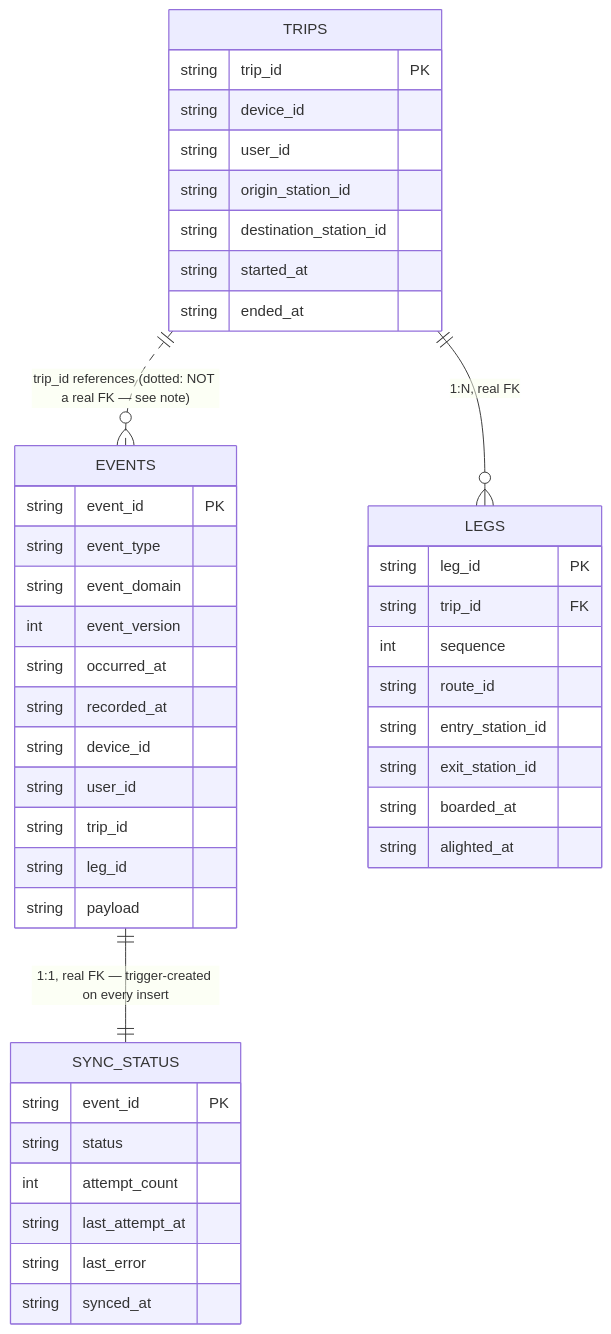
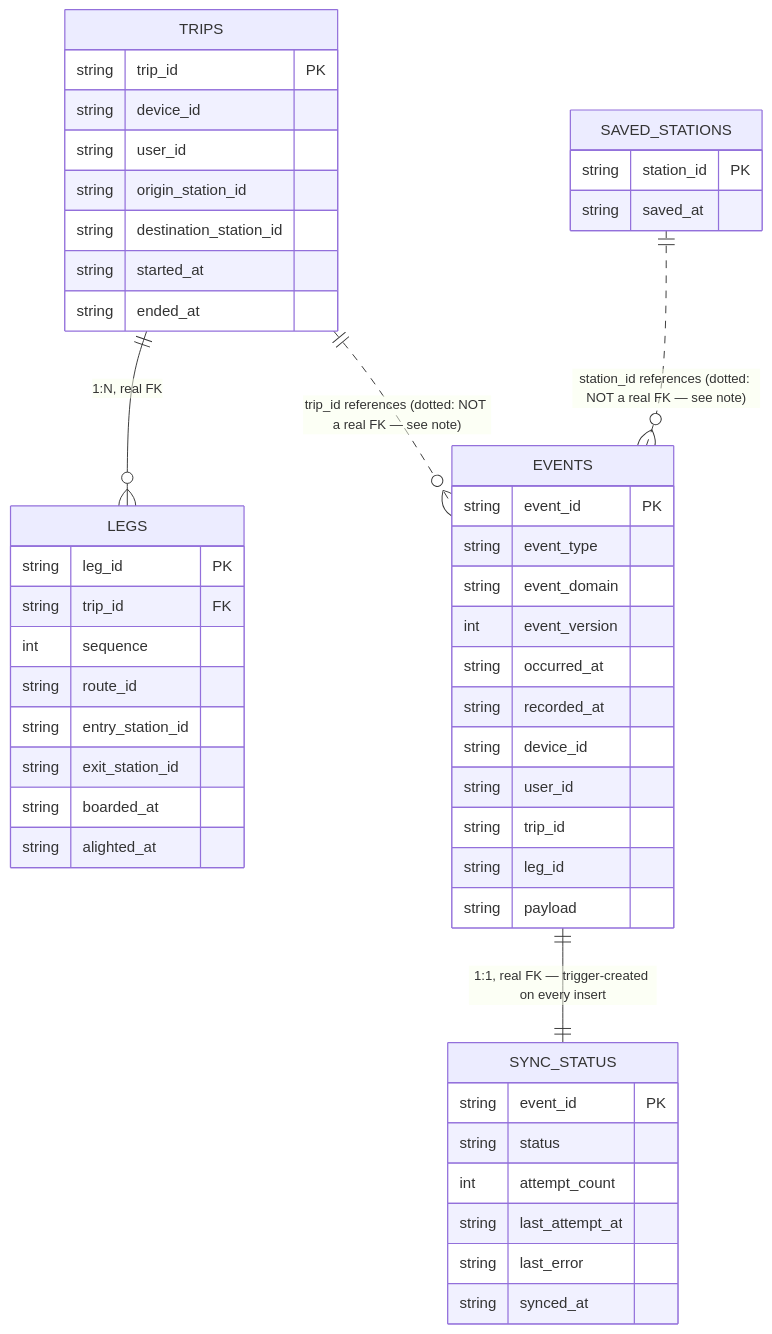
Before and after one commit to vanbrantley/subway-quest: the first of 2 diagrams in docs/data-layer.md, drawn with Mermaid. The commit also changed other lines of this file and 23 other files, not shown here.

````diff
--- a/docs/data-layer.md
+++ b/docs/data-layer.md
@@ -127,47 +169,52 @@
 ```mermaid
 erDiagram
     EVENTS {
         string event_id PK
         string event_type
         string event_domain
         int event_version
         string occurred_at
         string recorded_at
         string device_id
         string user_id
         string trip_id
         string leg_id
         string payload
     }
     SYNC_STATUS {
         string event_id PK
         string status
         int attempt_count
         string last_attempt_at
         string last_error
         string synced_at
     }
     TRIPS {
         string trip_id PK
         string device_id
         string user_id
         string origin_station_id
         string destination_station_id
         string started_at
         string ended_at
     }
     LEGS {
         string leg_id PK
         string trip_id FK
         int sequence
         string route_id
         string entry_station_id
         string exit_station_id
         string boarded_at
         string alighted_at
     }
+    SAVED_STATIONS {
+        string station_id PK
+        string saved_at
+    }
 
     EVENTS ||--|| SYNC_STATUS : "1:1, real FK — trigger-created on every insert"
     TRIPS ||--o{ LEGS : "1:N, real FK"
     TRIPS ||..o{ EVENTS : "trip_id references (dotted: NOT a real FK — see note)"
+    SAVED_STATIONS ||..o{ EVENTS : "station_id references (dotted: NOT a real FK — see note)"
 ```
````
